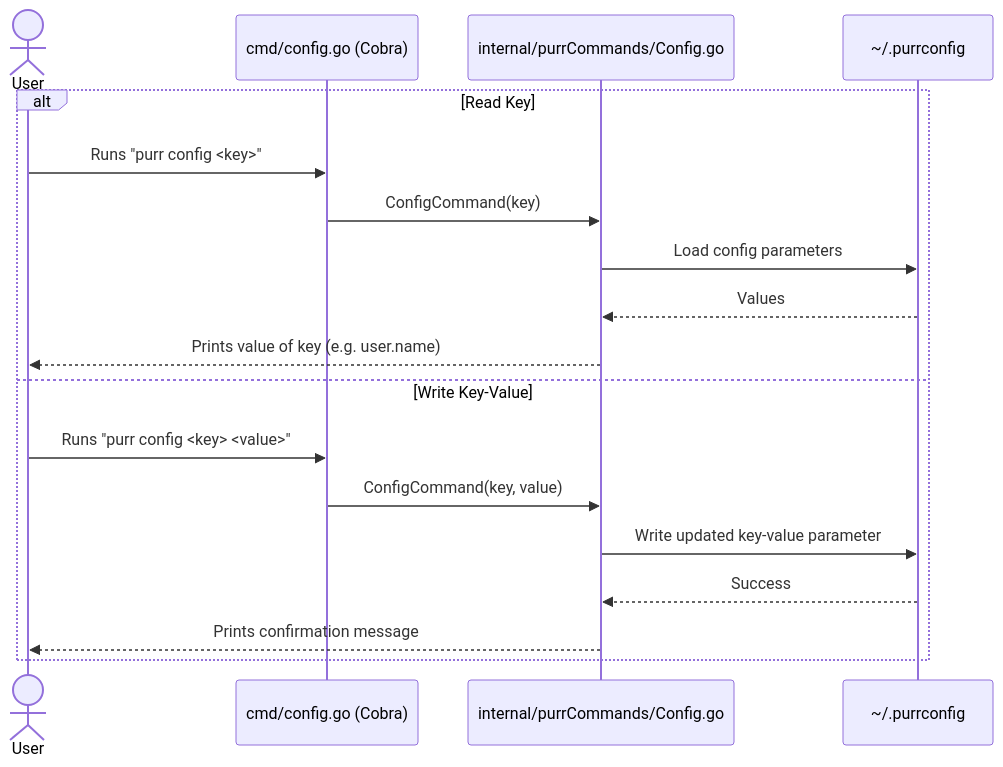
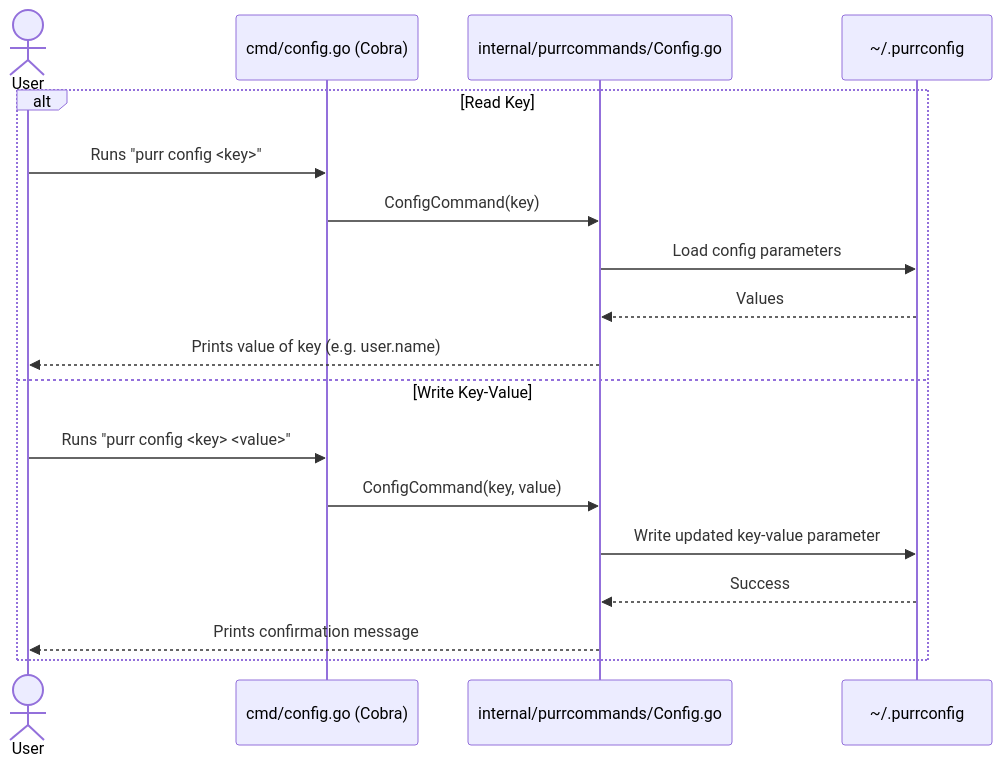
Before and after one commit to TheRealShek/persephone: the fourth of 6 diagrams in Docs/ARCHITECTURE.md, drawn with Mermaid. The commit also changed other lines of this file and 36 other files, not shown here.

````diff
--- a/Docs/ARCHITECTURE.md
+++ b/Docs/ARCHITECTURE.md
@@ -336,21 +336,21 @@
 ```mermaid
 sequenceDiagram
     actor User
     participant CLI as cmd/config.go (Cobra)
-    participant Core as internal/purrCommands/Config.go
+    participant Core as internal/purrcommands/Config.go
     participant OS as ~/.purrconfig
 
     alt Read Key
         User->>CLI: Runs "purr config <key>"
         CLI->>Core: ConfigCommand(key)
         Core->>OS: Load config parameters
         OS-->>Core: Values
         Core-->>User: Prints value of key (e.g. user.name)
     else Write Key-Value
         User->>CLI: Runs "purr config <key> <value>"
         CLI->>Core: ConfigCommand(key, value)
         Core->>OS: Write updated key-value parameter
         OS-->>Core: Success
         Core-->>User: Prints confirmation message
     end
 ```
````
